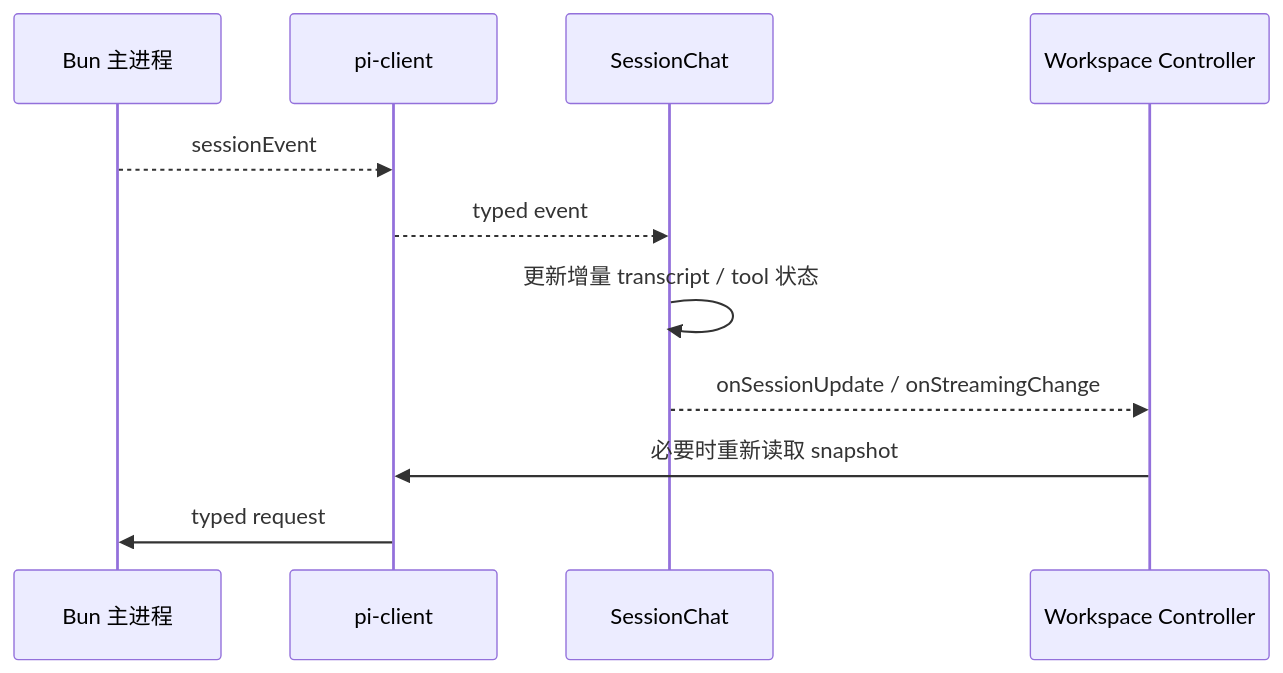
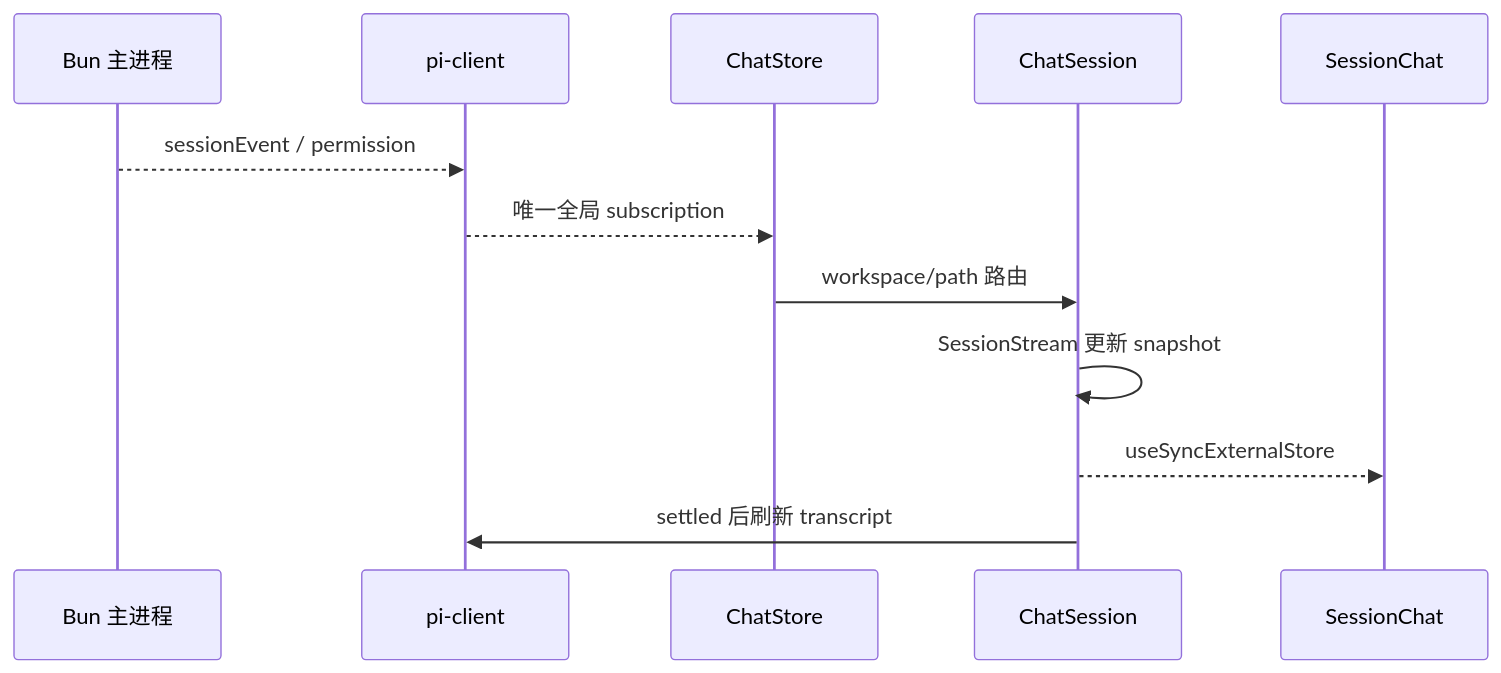
The second of 2 diagrams in ai.prompt/arch-render.md (wind-chasers/oh-your-pi), drawn with Mermaid before and after one commit. The commit also changed other lines of this file and 59 other files, not shown here.

````diff
--- a/ai.prompt/arch-render.md
+++ b/ai.prompt/arch-render.md
@@ -133,14 +119,15 @@
 ```mermaid
 sequenceDiagram
   participant Main as Bun 主进程
   participant Client as pi-client
-  participant Chat as SessionChat
-  participant Controller as Workspace Controller
+  participant Store as ChatStore
+  participant Session as ChatSession
+  participant View as SessionChat
 
-  Main-->>Client: sessionEvent
-  Client-->>Chat: typed event
-  Chat->>Chat: 更新增量 transcript / tool 状态
-  Chat-->>Controller: onSessionUpdate / onStreamingChange
-  Controller->>Client: 必要时重新读取 snapshot
-  Client->>Main: typed request
+  Main-->>Client: sessionEvent / permission
+  Client-->>Store: 唯一全局 subscription
+  Store->>Session: workspace/path 路由
+  Session->>Session: SessionStream 更新 snapshot
+  Session-->>View: useSyncExternalStore
+  Session->>Client: settled 后刷新 transcript
 ```
````
